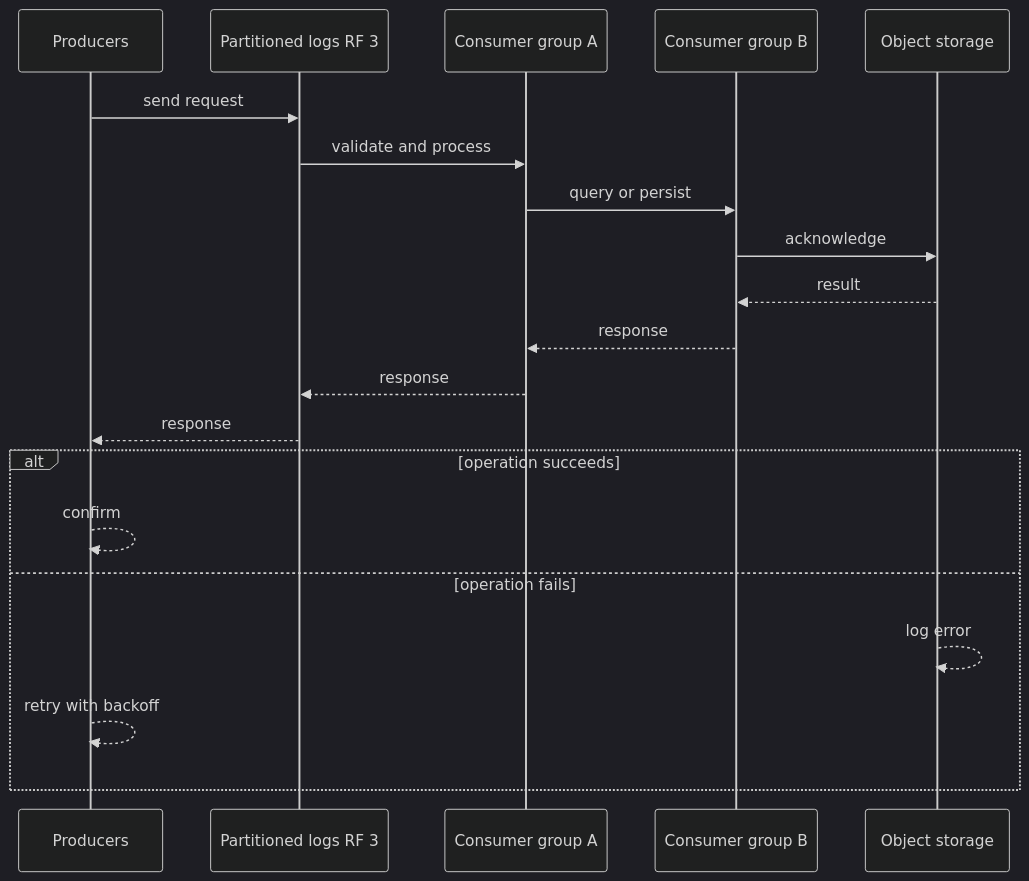
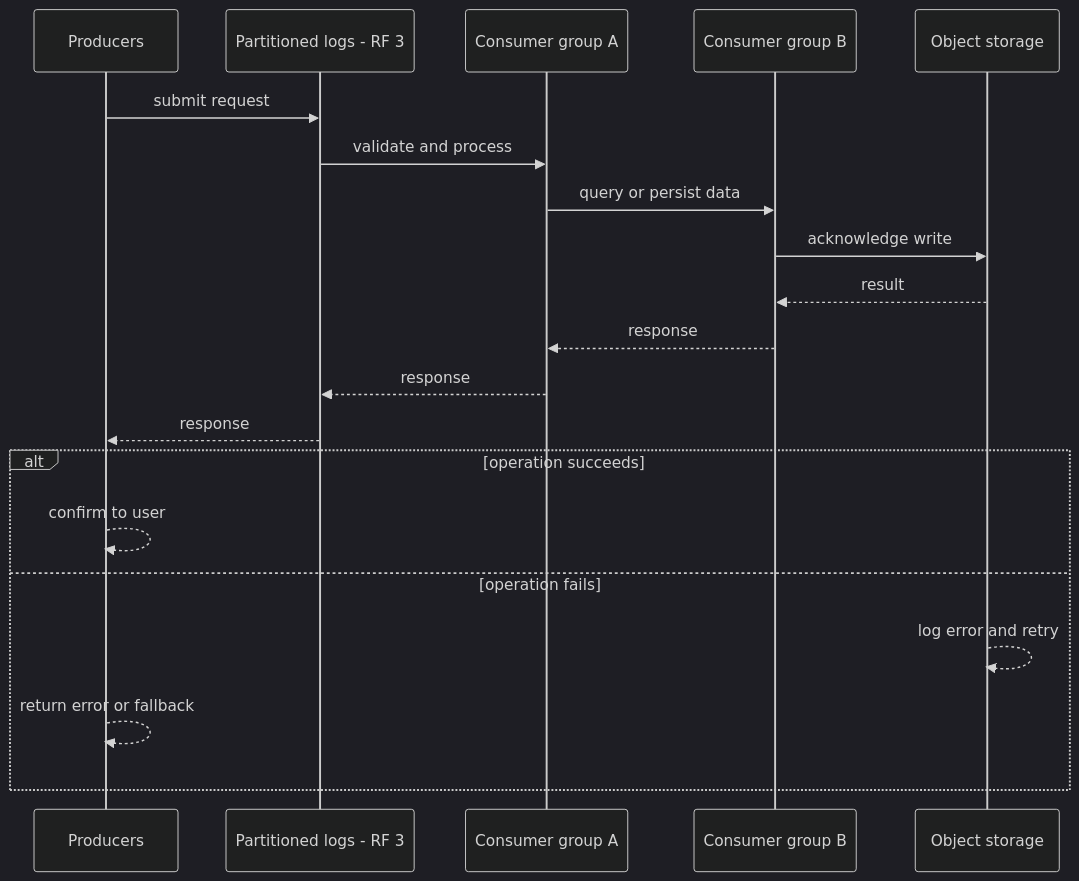
The second of 4 diagrams in case-studies/advanced/message-broker.md (RIT-MESH/system-design-mastery), drawn with Mermaid (dark theme) before and after one commit. The commit also changed other lines of this file and 127 other files, not shown here.

First line of the commit message:
Improve all case study diagrams: case-specific sequences, fix truncated labels

````diff
--- a/case-studies/advanced/message-broker.md
+++ b/case-studies/advanced/message-broker.md
@@ -74,23 +74,23 @@
 ```mermaid
 %% created-for: system-design-mastery
 sequenceDiagram
-  participant C0 as Producers
-  participant C1 as Partitioned logs RF 3
-  participant C2 as Consumer group A
-  participant C3 as Consumer group B
-  participant C4 as Object storage
-  C0 ->> C1: send request
-  C1 ->> C2: validate and process
-  C2 ->> C3: query or persist
-  C3 ->> C4: acknowledge
-  C4 -->> C3: result
-  C3 -->> C2: response
-  C2 -->> C1: response
-  C1 -->> C0: response
+  participant P0 as Producers
+  participant P1 as Partitioned logs - RF 3
+  participant P2 as Consumer group A
+  participant P3 as Consumer group B
+  participant P4 as Object storage
+  P0 ->> P1: submit request
+  P1 ->> P2: validate and process
+  P2 ->> P3: query or persist data
+  P3 ->> P4: acknowledge write
+  P4 -->> P3: result
+  P3 -->> P2: response
+  P2 -->> P1: response
+  P1 -->> P0: response
   alt operation succeeds
-    C0 -->> C0: confirm
+    P0 -->> P0: confirm to user
   else operation fails
-    C4 -->> C4: log error
-    C0 -->> C0: retry with backoff
+    P4 -->> P4: log error and retry
+    P0 -->> P0: return error or fallback
   end
 ```
````
